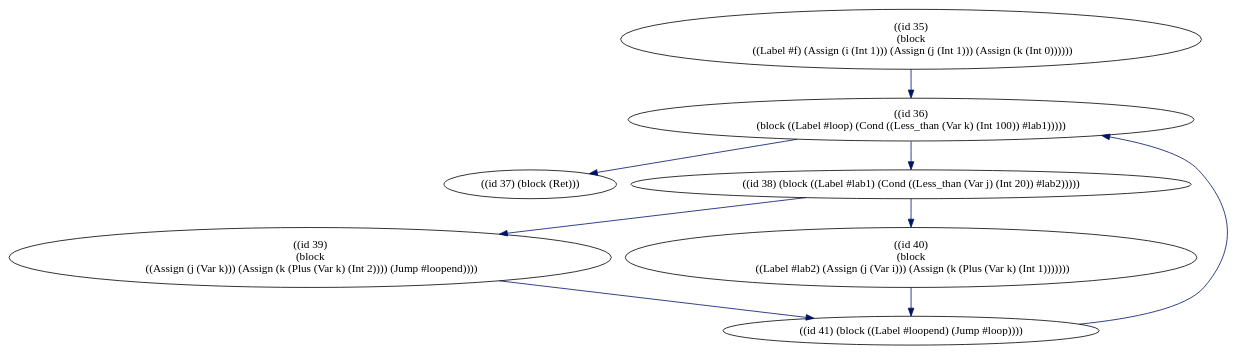
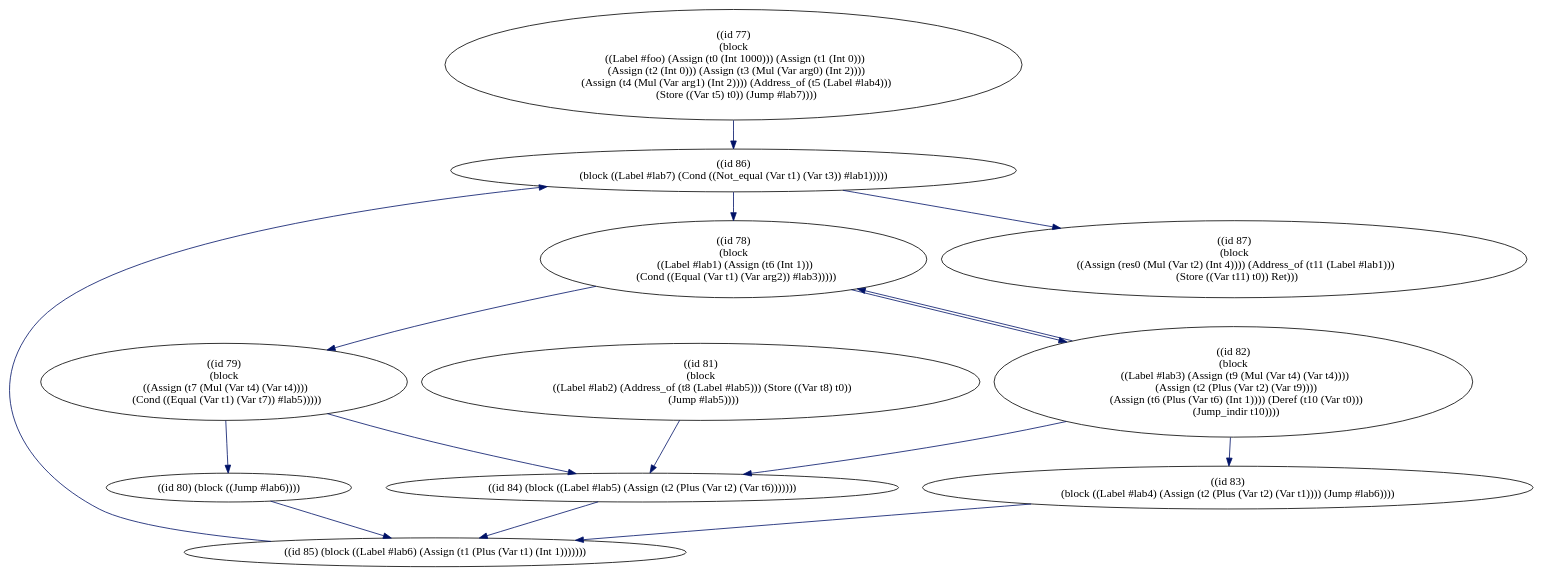
One commit to johnyob/ocaml-optimizer changed the diagram in basic_block.dot. Above: the diagram before and after it, drawn with Graphviz. The commit also changed 21 other files, not shown here.

```diff
--- a/basic_block.dot
+++ b/basic_block.dot
@@ -1,33 +1,65 @@
 digraph G {
-  914475228680272898 [label="((id 35)
+  2202270123004268642 [label="((id 77)
  (block
-  ((Label #f) (Assign (i (Int 1))) (Assign (j (Int 1))) (Assign (k (Int 0))))))",
+  ((Label #foo) (Assign (t0 (Int 1000))) (Assign (t1 (Int 0)))
+   (Assign (t2 (Int 0))) (Assign (t3 (Mul (Var arg0) (Int 2))))
+   (Assign (t4 (Mul (Var arg1) (Int 2)))) (Address_of (t5 (Label #lab4)))
+   (Store ((Var t5) t0)) (Jump #lab7))))",
+                       ];
+  -595830625589109568 [label="((id 78)
+ (block
+  ((Label #lab1) (Assign (t6 (Int 1)))
+   (Cond ((Equal (Var t1) (Var arg2)) #lab3)))))",
+                       ];
+  -3016003176415756159 [label="((id 79)
+ (block
+  ((Assign (t7 (Mul (Var t4) (Var t4))))
+   (Cond ((Equal (Var t1) (Var t7)) #lab5)))))",
+                        ];
+  3408962993073824221 [label="((id 80) (block ((Jump #lab6))))", ];
+  989142777741985411 [label="((id 81)
+ (block
+  ((Label #lab2) (Address_of (t8 (Label #lab5))) (Store ((Var t8) t0))
+   (Jump #lab5))))",
                       ];
-  -1694034004690654891 [label="((id 36)
- (block ((Label #loop) (Cond ((Less_than (Var k) (Int 100)) #lab1)))))",
+  -1808987949723132839 [label="((id 82)
+ (block
+  ((Label #lab3) (Assign (t9 (Mul (Var t4) (Var t4))))
+   (Assign (t2 (Plus (Var t2) (Var t9))))
+   (Assign (t6 (Plus (Var t6) (Int 1)))) (Deref (t10 (Var t0)))
+   (Jump_indir t10))))",
                         ];
-  -4303106108558371123 [label="((id 37) (block (Ret)))", ];
-  2311094561291980726 [label="((id 38) (block ((Label #lab1) (Cond ((Less_than (Var j) (Int 20)) #lab2)))))",
+  -4228844549870436656 [label="((id 83)
+ (block ((Label #lab4) (Assign (t2 (Plus (Var t2) (Var t1)))) (Jump #lab6))))",
+                        ];
+  2196449935509337440 [label="((id 84) (block ((Label #lab5) (Assign (t2 (Plus (Var t2) (Var t6)))))))",
                        ];
-  -297915312794554784 [label="((id 39)
+  -223480052744187303 [label="((id 85) (block ((Label #lab6) (Assign (t1 (Plus (Var t1) (Int 1)))))))",
+                       ];
+  -3023968124550420429 [label="((id 86)
+ (block ((Label #lab7) (Cond ((Not_equal (Var t1) (Var t3)) #lab1)))))",
+                        ];
+  3779446603763848058 [label="((id 87)
  (block
-  ((Assign (j (Var k))) (Assign (k (Plus (Var k) (Int 2)))) (Jump #loopend))))",
-                       ];
-  -2907204522964217618 [label="((id 40)
- (block
-  ((Label #lab2) (Assign (j (Var i))) (Assign (k (Plus (Var k) (Int 1)))))))",
-                        ];
-  3707180029468547154 [label="((id 41) (block ((Label #loopend) (Jump #loop))))",
+  ((Assign (res0 (Mul (Var t2) (Int 4)))) (Address_of (t11 (Label #lab1)))
+   (Store ((Var t11) t0)) Ret)))",
                        ];
   
   
-  914475228680272898 -> -1694034004690654891 [color="#001267", ];
-  -1694034004690654891 -> -4303106108558371123 [color="#001267", ];
-  -1694034004690654891 -> 2311094561291980726 [color="#001267", ];
-  2311094561291980726 -> -297915312794554784 [color="#001267", ];
-  2311094561291980726 -> -2907204522964217618 [color="#001267", ];
-  -297915312794554784 -> 3707180029468547154 [color="#001267", ];
-  -2907204522964217618 -> 3707180029468547154 [color="#001267", ];
-  3707180029468547154 -> -1694034004690654891 [color="#001267", ];
+  2202270123004268642 -> -3023968124550420429 [color="#001267", ];
+  -595830625589109568 -> -3016003176415756159 [color="#001267", ];
+  -595830625589109568 -> -1808987949723132839 [color="#001267", ];
+  -3016003176415756159 -> 3408962993073824221 [color="#001267", ];
+  -3016003176415756159 -> 2196449935509337440 [color="#001267", ];
+  3408962993073824221 -> -223480052744187303 [color="#001267", ];
+  989142777741985411 -> 2196449935509337440 [color="#001267", ];
+  -1808987949723132839 -> -595830625589109568 [color="#001267", ];
+  -1808987949723132839 -> -4228844549870436656 [color="#001267", ];
+  -1808987949723132839 -> 2196449935509337440 [color="#001267", ];
+  -4228844549870436656 -> -223480052744187303 [color="#001267", ];
+  2196449935509337440 -> -223480052744187303 [color="#001267", ];
+  -223480052744187303 -> -3023968124550420429 [color="#001267", ];
+  -3023968124550420429 -> -595830625589109568 [color="#001267", ];
+  -3023968124550420429 -> 3779446603763848058 [color="#001267", ];
   
   }
```
